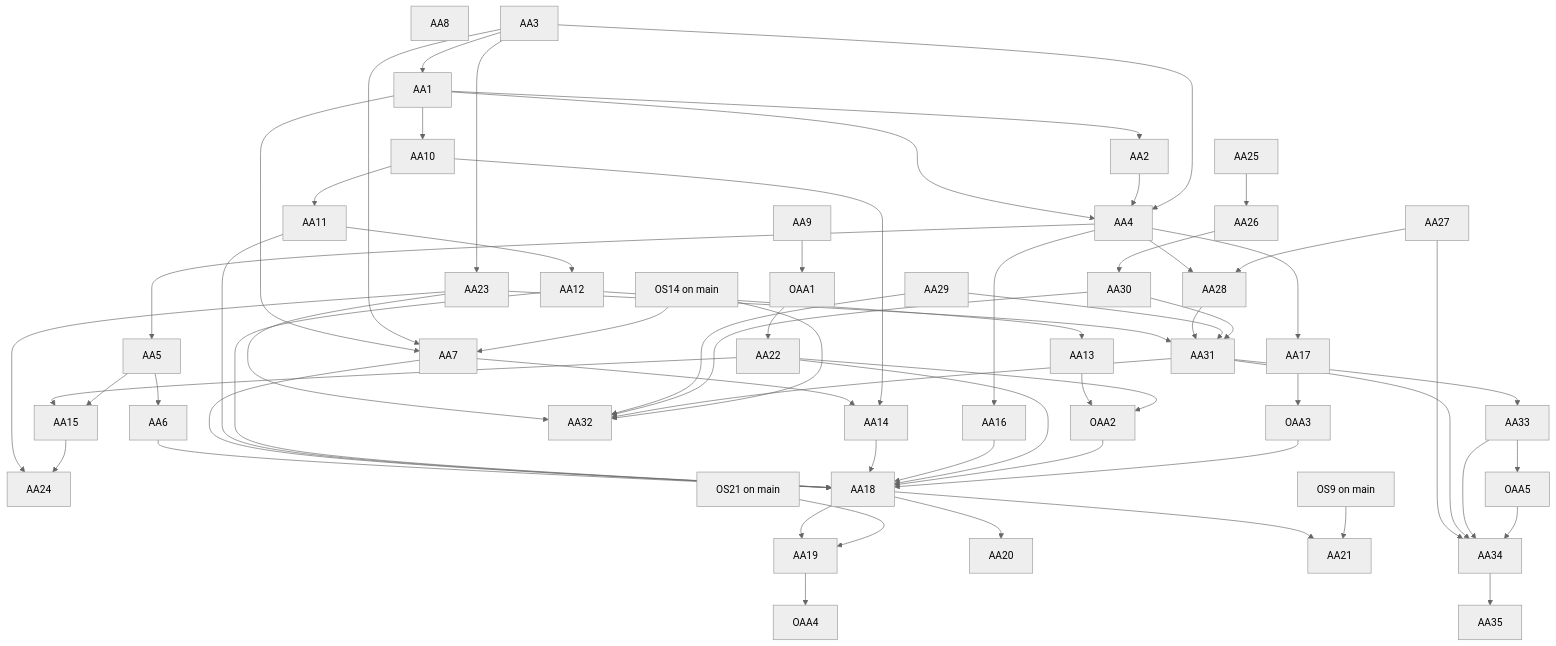
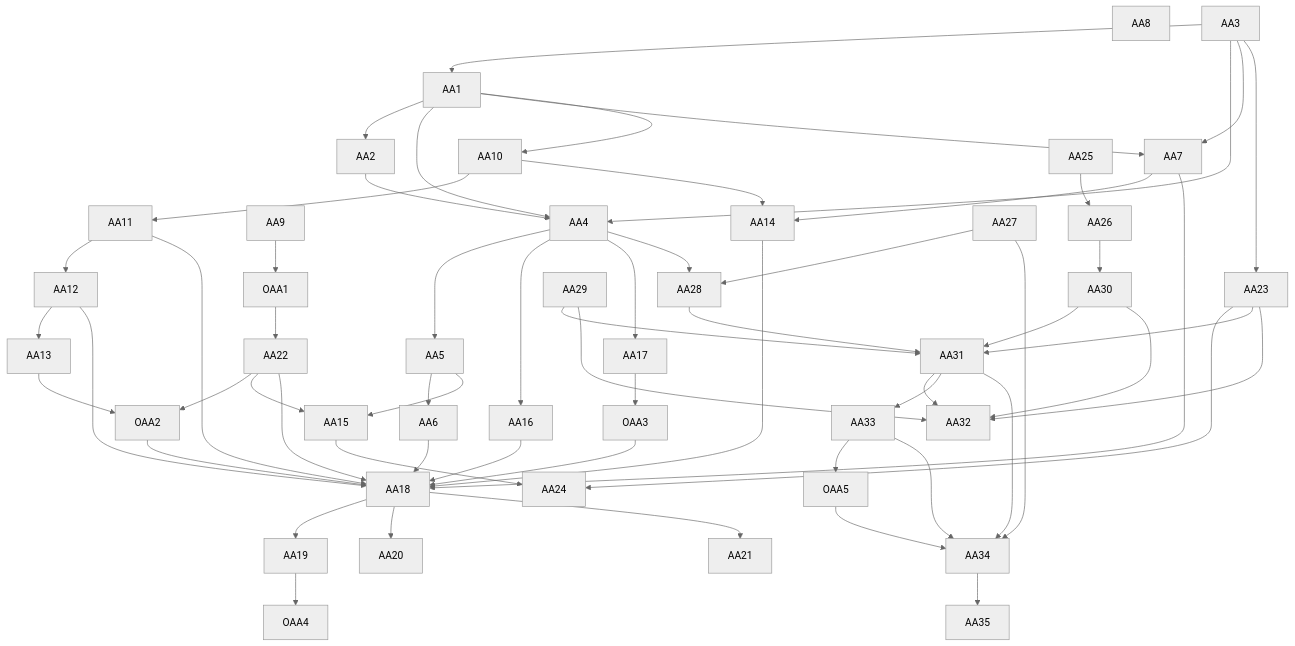
One commit to diy-accounting-uk/submit.diyaccounting.co.uk changed the diagram in PLAN_AMENDED_ACCOUNTS.md. Above: the diagram before and after it, drawn with Mermaid (neutral theme). The commit also changed other lines of this file and 1 other file, not shown here.

````diff
--- a/PLAN_AMENDED_ACCOUNTS.md
+++ b/PLAN_AMENDED_ACCOUNTS.md
@@ -824,67 +824,63 @@
 ```mermaid
 graph TD
   AA8
   AA3 --> AA1
   AA1 --> AA2
   AA1 --> AA4
   AA2 --> AA4
   AA3 --> AA4
   AA4 --> AA5
   AA5 --> AA6
   AA1 --> AA7
   AA3 --> AA7
-  OS14["OS14 on main"] --> AA7
   AA9 --> OAA1
   OAA1 --> AA22
   AA1 --> AA10
   AA10 --> AA11
   AA11 --> AA12
   AA12 --> AA13
   AA13 --> OAA2
   AA22 --> OAA2
   AA7 --> AA14
   AA10 --> AA14
   AA22 --> AA15
   AA5 --> AA15
   AA3 --> AA23
   AA23 --> AA24
   AA15 --> AA24
   AA4 --> AA16
   AA4 --> AA17
   AA17 --> OAA3
   AA6 --> AA18
   AA7 --> AA18
   AA11 --> AA18
   AA12 --> AA18
   AA14 --> AA18
   AA16 --> AA18
   AA22 --> AA18
   OAA2 --> AA18
   OAA3 --> AA18
   AA18 --> AA19
-  OS21["OS21 on main"] --> AA19
   AA19 --> OAA4
   AA18 --> AA20
   AA18 --> AA21
-  OS9["OS9 on main"] --> AA21
   AA4 --> AA28
   AA27 --> AA28
   AA25 --> AA26
   AA26 --> AA30
   AA23 --> AA31
   AA28 --> AA31
   AA29 --> AA31
   AA30 --> AA31
   AA23 --> AA32
   AA29 --> AA32
   AA30 --> AA32
   AA31 --> AA32
-  OS14 --> AA32
   AA31 --> AA33
   AA33 --> OAA5
   AA27 --> AA34
   AA31 --> AA34
   AA33 --> AA34
   OAA5 --> AA34
   AA34 --> AA35
 ```
````
